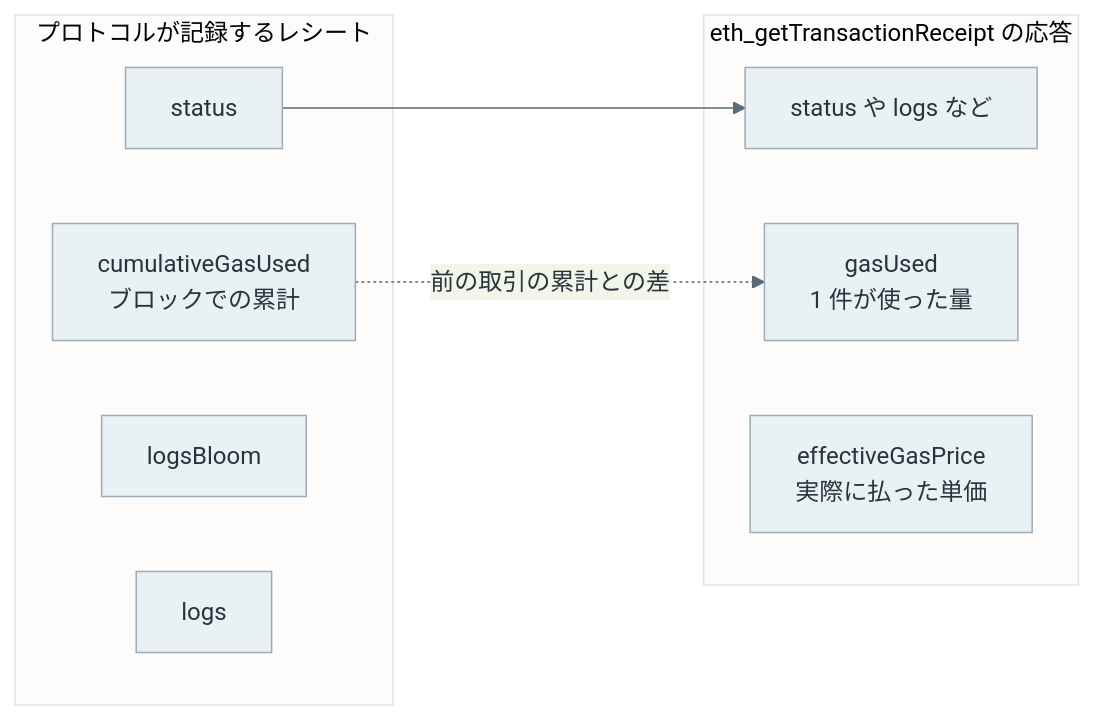
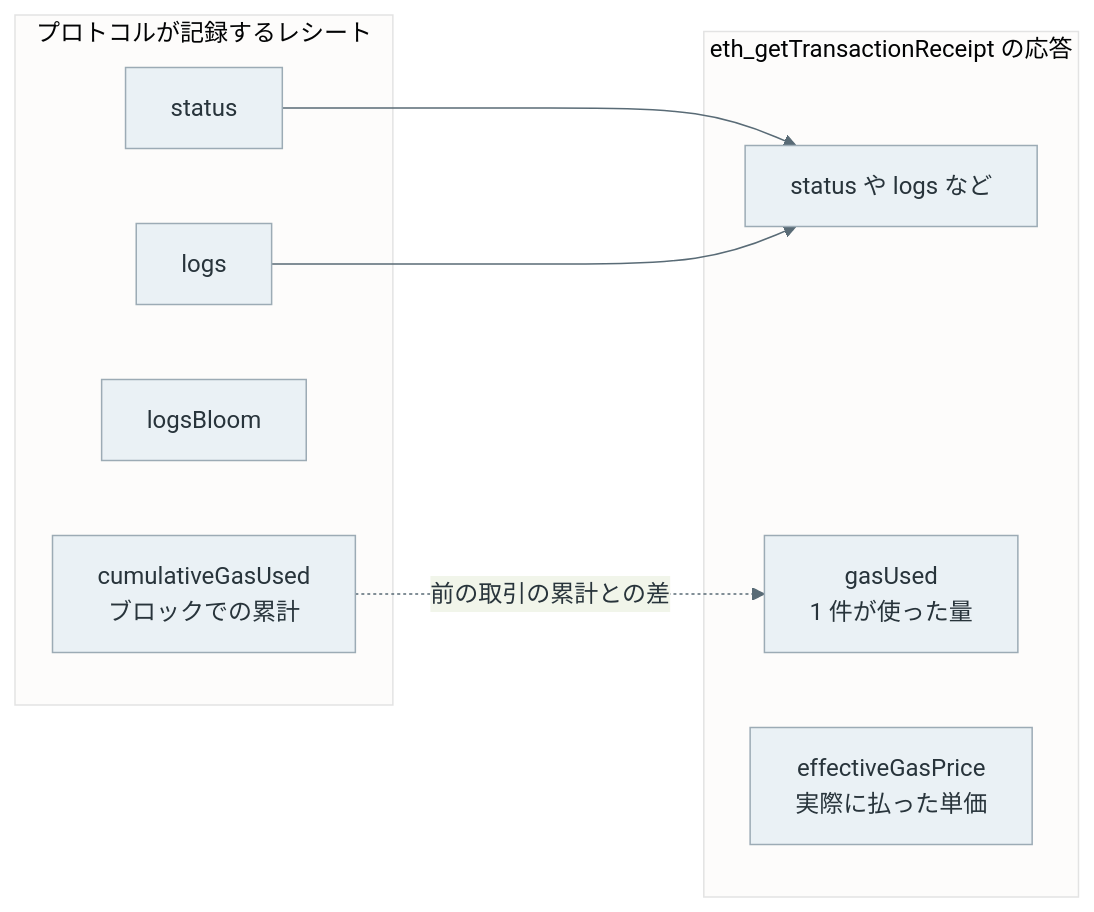
The fifth of 6 diagrams in content/notes/blockchain-systems/ethereum-transaction/index.md (nao1215/debimate), drawn with Mermaid before and after one commit. The commit also changed other lines of this file and 425 other files, not shown here.

````diff
--- a/content/notes/blockchain-systems/ethereum-transaction/index.md
+++ b/content/notes/blockchain-systems/ethereum-transaction/index.md
@@ -261,18 +207,19 @@
 ```mermaid
 %%{init: {"theme":"base","themeVariables":{"primaryColor":"#eaf1f5","primaryTextColor":"#28343b","primaryBorderColor":"#9cabb5","lineColor":"#596b76","textColor":"#28343b","actorBkg":"#eaf1f5","actorBorder":"#9cabb5","actorTextColor":"#28343b","actorLineColor":"#9cabb5","signalColor":"#596b76","signalTextColor":"#28343b","noteBkgColor":"#f7f1e5","noteBorderColor":"#c5b99b","noteTextColor":"#403c32","activationBkgColor":"#edf3ef","activationBorderColor":"#9aafa1"}}}%%
 flowchart LR
     subgraph P["プロトコルが記録するレシート"]
         P1["status"]
         P2["cumulativeGasUsed<br/>ブロックでの累計"]
         P3["logsBloom"]
         P4["logs"]
     end
     subgraph R["eth_getTransactionReceipt の応答"]
         R1["status や logs など"]
         R2["gasUsed<br/>1 件が使った量"]
         R3["effectiveGasPrice<br/>実際に払った単価"]
     end
     P1 --> R1
+    P4 --> R1
     P2 -.->|"前の取引の累計との差"| R2
     classDef default fill:#eaf1f5,stroke:#9cabb5,color:#28343b;
 ```
````
